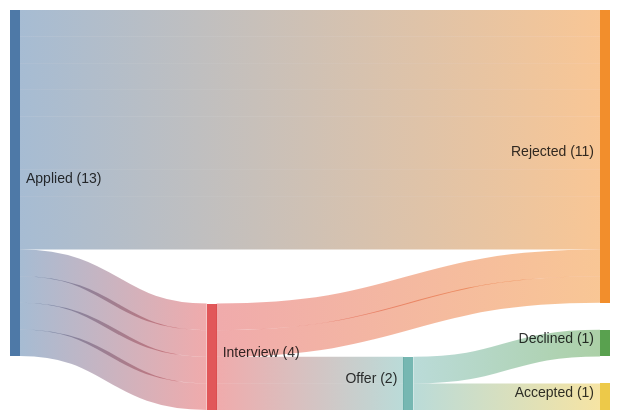
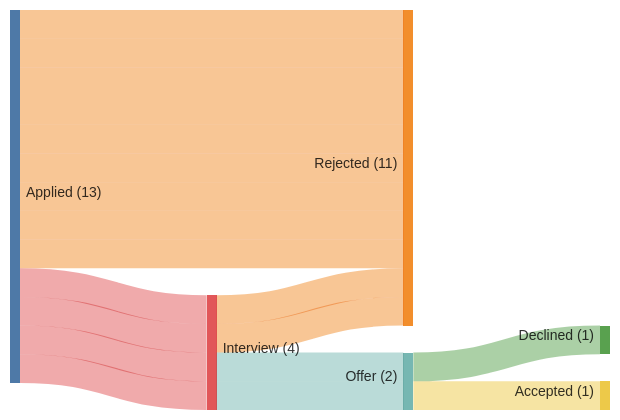
One commit to tfle/job-application-tracker changed the diagram in sankey.md. Above: the diagram before and after it, drawn with Mermaid.

Commit message:
Update Sankey diagram

````diff
--- a/sankey.md
+++ b/sankey.md
@@ -1,54 +1,55 @@
 ```mermaid
 ---
 config:
   sankey:
-    nodeAlignment: justify
+    linkColor: target
+    nodeAlignment: left
     prefix: ' ('
     suffix: ')'
 ---
 sankey
 %% Issue #13: [EnterpriseTech] Solutions Architect
 Applied,Rejected,1
 
 %% Issue #12: [InfraCorp] Platform Engineer
 Applied,Rejected,1
 
 %% Issue #11: [ScaleCo] Site Reliability Engineer
 Applied,Rejected,1
 
 %% Issue #10: [CyberSafe] Security Engineer
 Applied,Rejected,1
 
 %% Issue #9: [AppStudio] Mobile Developer
 Applied,Rejected,1
 
 %% Issue #8: [RetailCorp] Product Manager
 Applied,Rejected,1
 
 %% Issue #7: [FinTech Inc] Full Stack Developer
 Applied,Rejected,1
 
 %% Issue #6: [CloudCo] DevOps Engineer
 Applied,Rejected,1
 
 %% Issue #5: [AILabs] ML Engineer
 Applied,Rejected,1
 
 %% Issue #4: [WebAgency] Frontend Developer
 Applied,Interview,1
 Interview,Rejected,1
 
 %% Issue #3: [MegaCorp] Backend Engineer
 Applied,Interview,1
 Interview,Rejected,1
 
 %% Issue #2: [StartupXYZ] Data Scientist
 Applied,Interview,1
 Interview,Offer,1
 Offer,Declined,1
 
 %% Issue #1: [TechCorp] Software Engineer
 Applied,Interview,1
 Interview,Offer,1
 Offer,Accepted,1
 ```
````
